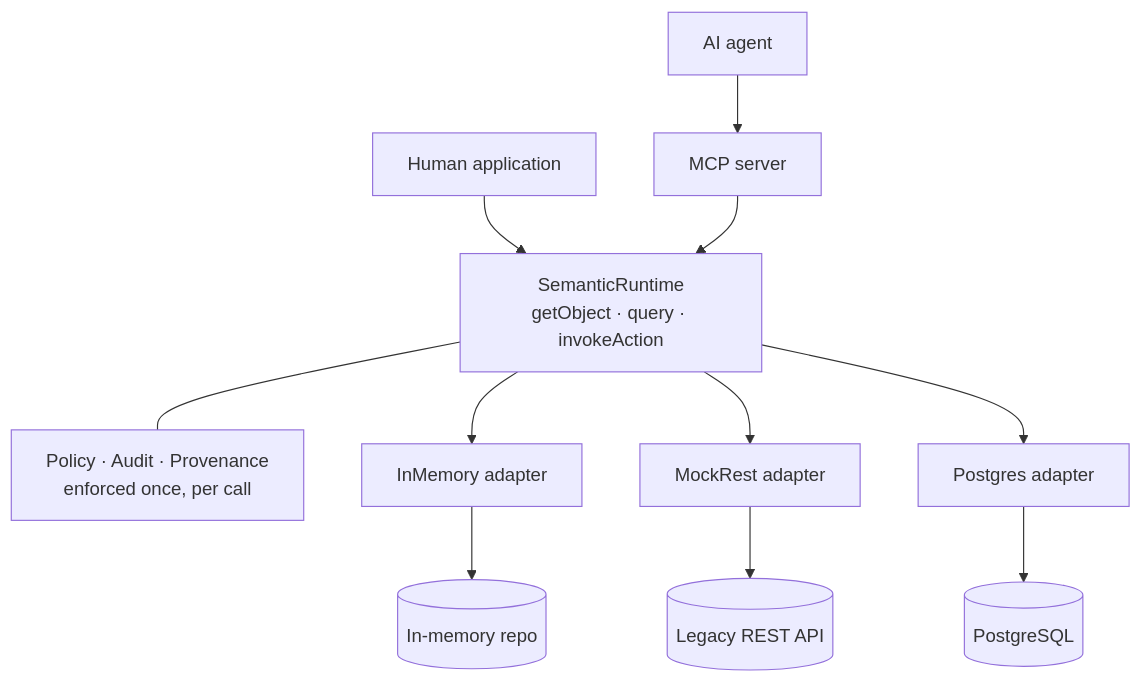
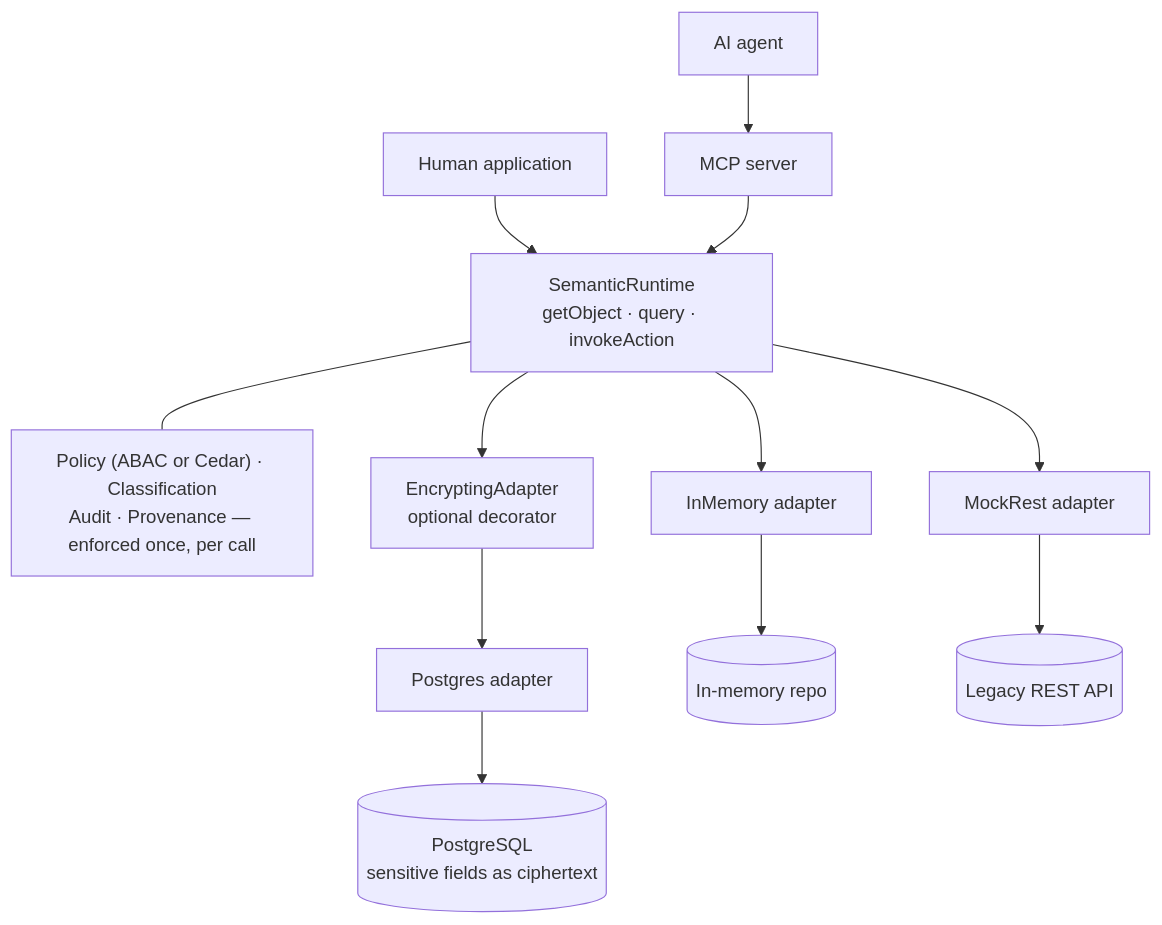
The first of 3 diagrams in README.md (marlinspike/TypeSystem), drawn with Mermaid before and after one commit. The commit also changed other lines of this file and 9 other files, not shown here.

````diff
--- a/README.md
+++ b/README.md
@@ -102,20 +107,21 @@
 ```mermaid
 flowchart TB
     app["Human application"]
     agent["AI agent"]
     mcp["MCP server"]
     rt["SemanticRuntime<br/>getObject · query · invokeAction"]
-    gov["Policy · Audit · Provenance<br/>enforced once, per call"]
+    gov["Policy (ABAC or Cedar) · Classification<br/>Audit · Provenance — enforced once, per call"]
     inmem["InMemory adapter"]
     rest["MockRest adapter"]
+    enc["EncryptingAdapter<br/>optional decorator"]
     pg["Postgres adapter"]
     repo[("In-memory repo")]
     ext[("Legacy REST API")]
-    pgdb[("PostgreSQL")]
+    pgdb[("PostgreSQL<br/>sensitive fields as ciphertext")]
     app --> rt
     agent --> mcp --> rt
     rt --- gov
     rt --> inmem --> repo
     rt --> rest --> ext
-    rt --> pg --> pgdb
+    rt --> enc --> pg --> pgdb
 ```
````
